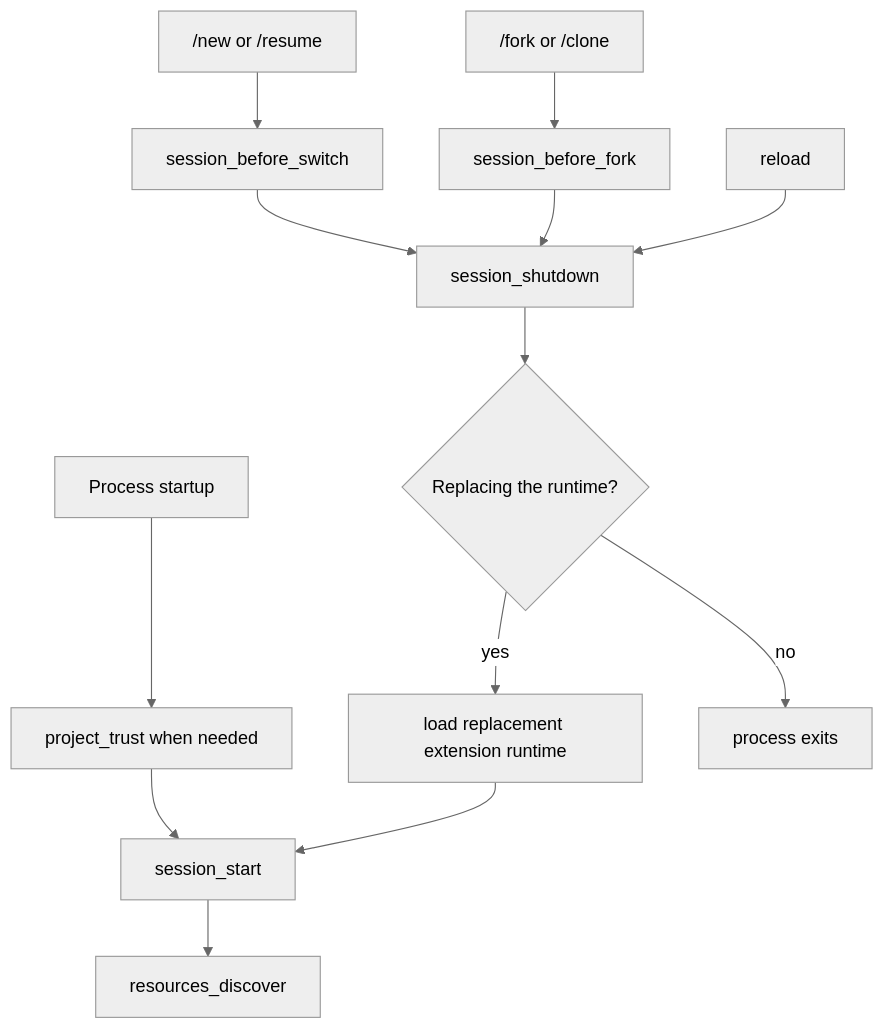
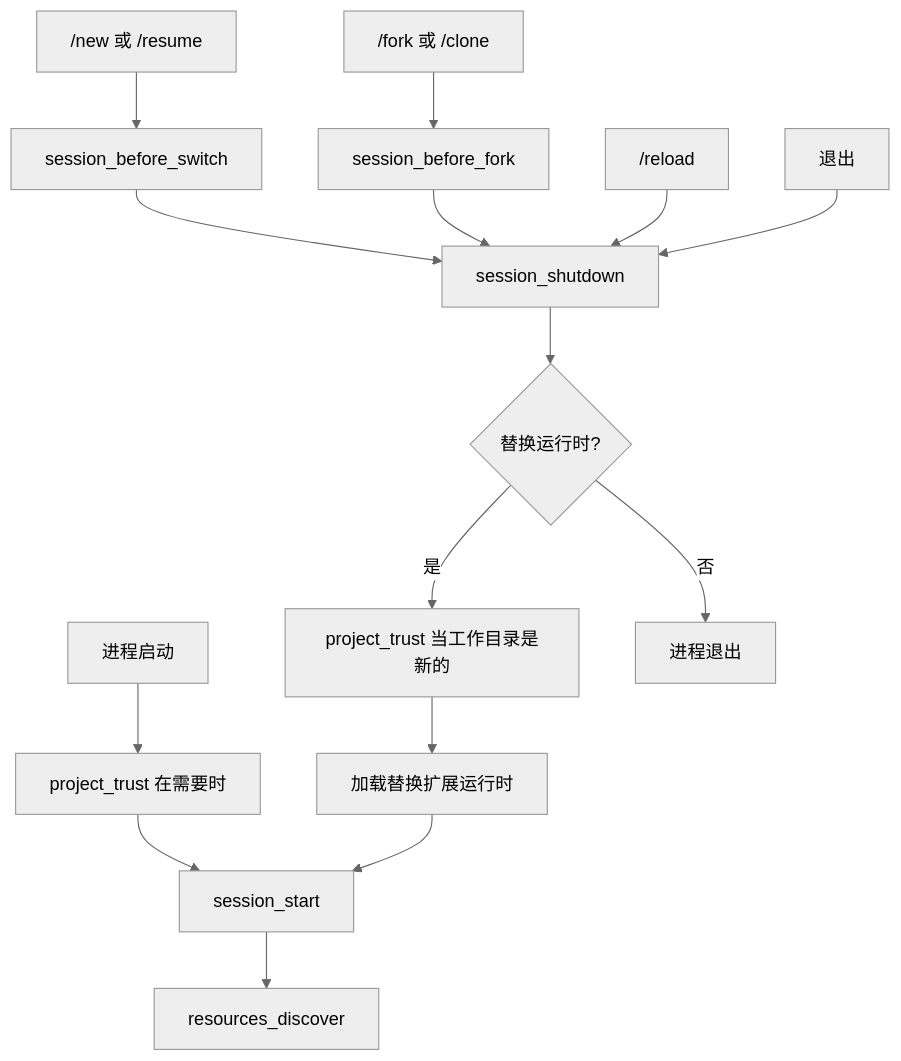
The third of 3 diagrams in docs-md/extensions.md (Lizhen0628/pi-dev-chinese), drawn with Mermaid (neutral theme) before and after one commit. The commit also changed other lines of this file and 6 other files, not shown here.

````diff
--- a/docs-md/extensions.md
+++ b/docs-md/extensions.md
@@ -129,15 +363,17 @@
 ```mermaid
 flowchart TD
-    Startup["Process startup"] --> Trust["project_trust when needed"]
+    Startup["进程启动"] --> Trust["project_trust 在需要时"]
     Trust --> SessionStart["session_start"]
-    Switch["/new or /resume"] --> BeforeSwitch["session_before_switch"]
-    Fork["/fork or /clone"] --> BeforeFork["session_before_fork"]
+    Switch["/new 或 /resume"] --> BeforeSwitch["session_before_switch"]
+    Fork["/fork 或 /clone"] --> BeforeFork["session_before_fork"]
     BeforeSwitch --> Shutdown["session_shutdown"]
     BeforeFork --> Shutdown
-    Reload["reload"] --> Shutdown
-    Shutdown --> Replacing{"Replacing the runtime?"}
-    Replacing -->|yes| Replacement["load replacement extension runtime"]
+    Reload["/reload"] --> Shutdown
+    Exit["退出"] --> Shutdown
+    Shutdown --> Replacing{"替换运行时?"}
+    Replacing -->|是| ReplacementTrust["project_trust 当工作目录是新的"]
+    ReplacementTrust --> Replacement["加载替换扩展运行时"]
     Replacement --> SessionStart
-    Replacing -->|no| Stop["process exits"]
+    Replacing -->|否| Stop["进程退出"]
     SessionStart --> Discover["resources_discover"]
 ```
````
